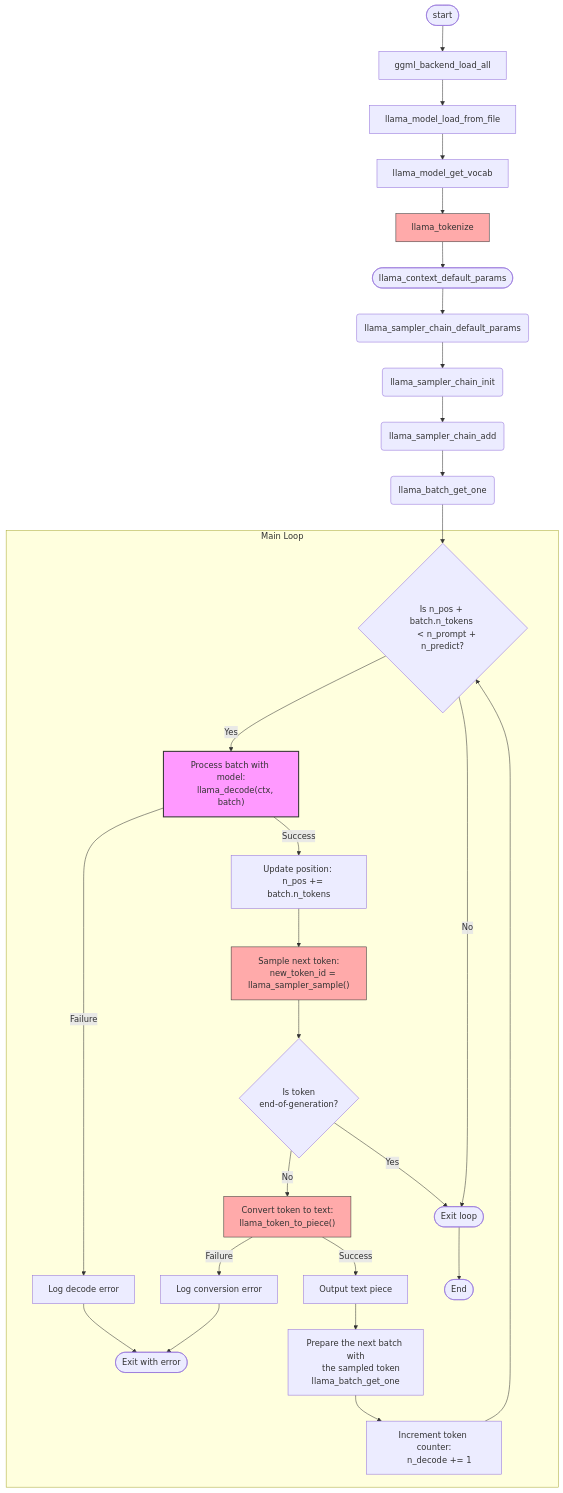
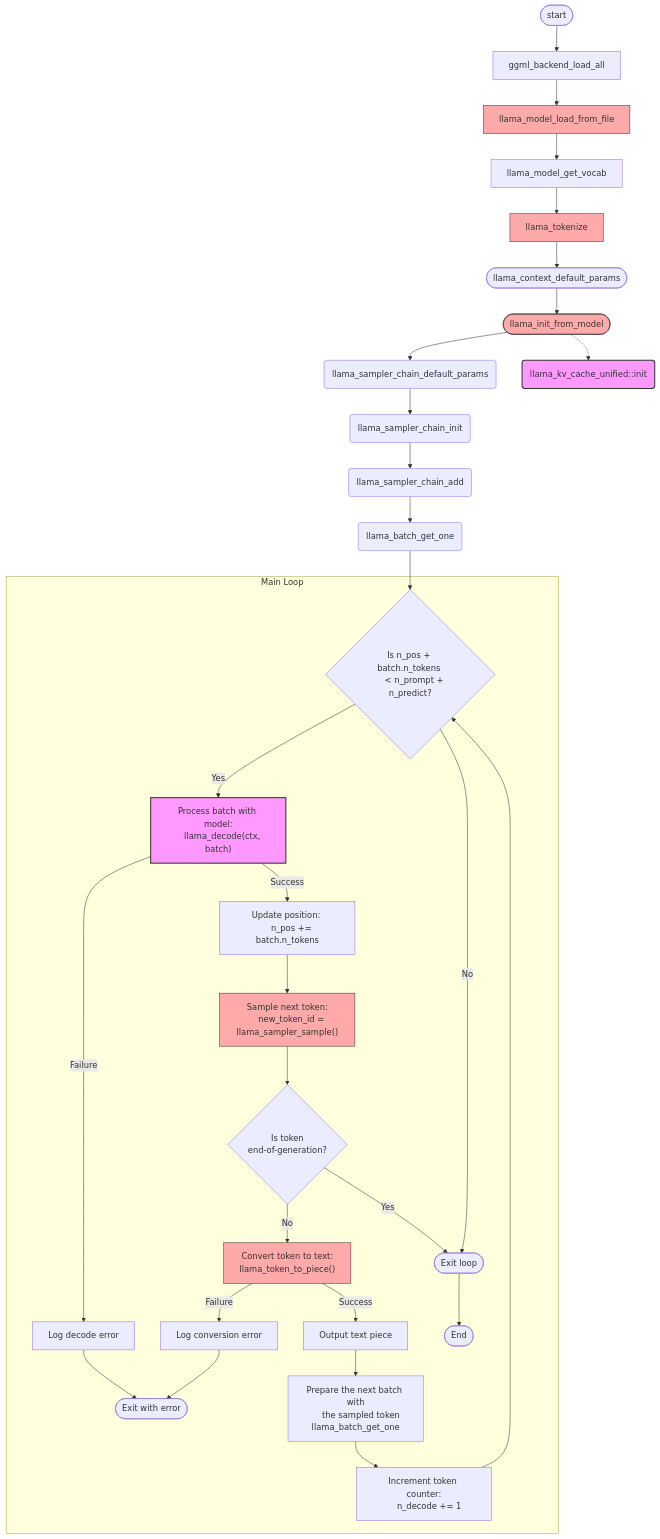
Before and after one commit to cshbli/ML-CV-AI: the first of 15 diagrams in LLM/llama.cpp_flowchart.md, drawn with Mermaid. The commit also changed other lines of this file and 2 other files, not shown here.

Commit message:
Add llama.cpp KV Cache related updates

````diff
--- a/LLM/llama.cpp_flowchart.md
+++ b/LLM/llama.cpp_flowchart.md
@@ -5,59 +5,61 @@
 ```mermaid
 flowchart TD
   start([start]) --> backend_load["ggml_backend_load_all"]
   backend_load --> model_load["llama_model_load_from_file"]
   model_load --> get_vocab["llama_model_get_vocab"]
   get_vocab --> tokenize["llama_tokenize"]
   tokenize --> default_context(["llama_context_default_params"])
-  default_context --> sampler_chain_default("llama_sampler_chain_default_params")
+  default_context --> context_init(["llama_init_from_model"])
+  context_init --> sampler_chain_default("llama_sampler_chain_default_params")
+  context_init -.-> kv_cache_init("llama_kv_cache_unified::init")
   sampler_chain_default --> sampler_chain_init("llama_sampler_chain_init")
   sampler_chain_init --> sampler_chain_add("llama_sampler_chain_add")
   sampler_chain_add --> get_one_batch("llama_batch_get_one")
   get_one_batch --> loop_check{"Is n_pos + batch.n_tokens 
     < n_prompt + n_predict?"}
 
   subgraph main_loop["Main Loop"]
     loop_check -->|Yes| decode["Process batch with model:
     llama_decode(ctx, batch)"]
     decode -->|Success| update_pos["Update position: 
     n_pos += batch.n_tokens"]
     
     decode -->|Failure| error_decode["Log decode error"]
     error_decode --> exit([Exit with error])
 
     update_pos --> sample["Sample next token:
     new_token_id = llama_sampler_sample()"]
     
     sample --> check_eog{"Is token
     end-of-generation?"}
     
     check_eog -->|Yes| exit_loop([Exit loop])
     
     check_eog -->|No| convert["Convert token to text:
     llama_token_to_piece()"]
     
     convert -->|Success| print["Output text piece"]
     
     convert -->|Failure| error_convert["Log conversion error"]
     error_convert --> exit
     
     print --> prepare["Prepare the next batch with
     the sampled token<br>llama_batch_get_one"]
     
     prepare --> increment["Increment token counter:
     n_decode += 1"]
     
     increment --> loop_check
 
     loop_check -->|No| exit_loop
     
     exit_loop --> finish([End])
     
   end
 
   classDef CoreProcess fill:#f9f,stroke:#333,stroke-width:2px;
   classDef process fill:#faa,stroke:#333,stroke-width:1px;
 
-  class decode CoreProcess;
-  class tokenize,sample,convert process;  
+  class decode,kv_cache_init CoreProcess;
+  class model_load,tokenize,context_init,sample,convert process;  
 ```
````
